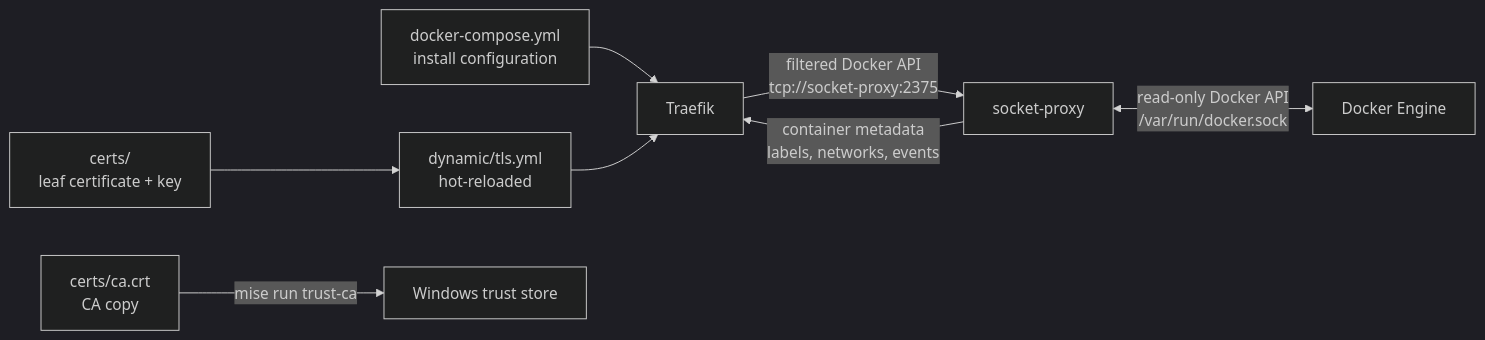
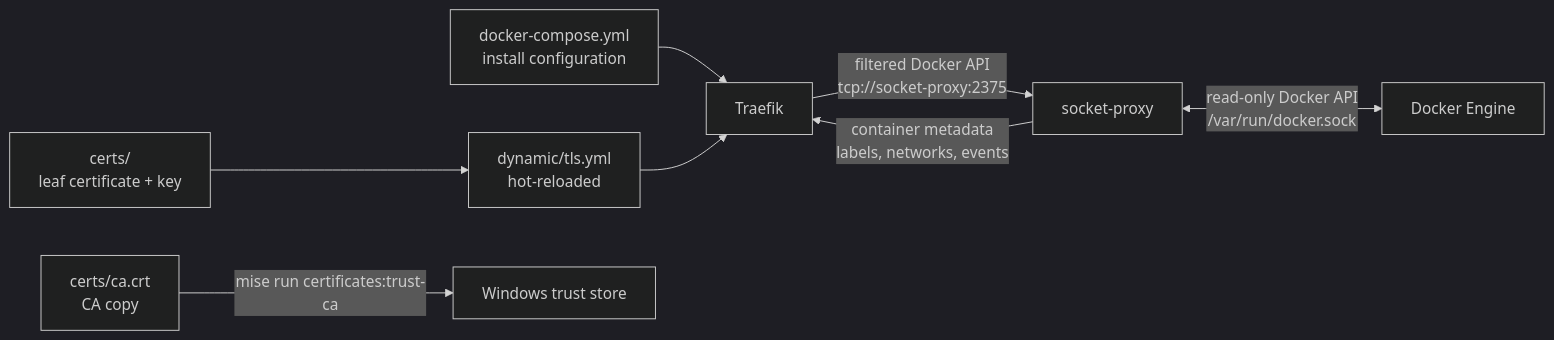
The second of 3 diagrams in README.md (alopez505/traefik-local-proxy), drawn with Mermaid (dark theme) before and after one commit. The commit also changed other lines of this file and 13 other files, not shown here.

````diff
--- a/README.md
+++ b/README.md
@@ -104,10 +104,10 @@
 ```mermaid
 flowchart LR
   Static["docker-compose.yml<br/>install configuration"] --> T["Traefik"]
   Dyn["dynamic/tls.yml<br/>hot-reloaded"] --> T
   Certs["certs/<br/>leaf certificate + key"] --> Dyn
-  CACopy["certs/ca.crt<br/>CA copy"] -->|"mise run trust-ca"| Trust["Windows trust store"]
+  CACopy["certs/ca.crt<br/>CA copy"] -->|"mise run certificates:trust-ca"| Trust["Windows trust store"]
   T -->|"filtered Docker API<br/>tcp://socket-proxy:2375"| S["socket-proxy"]
   S <-->|"read-only Docker API<br/>/var/run/docker.sock"| D["Docker Engine"]
   S -->|"container metadata<br/>labels, networks, events"| T
 ```
````
